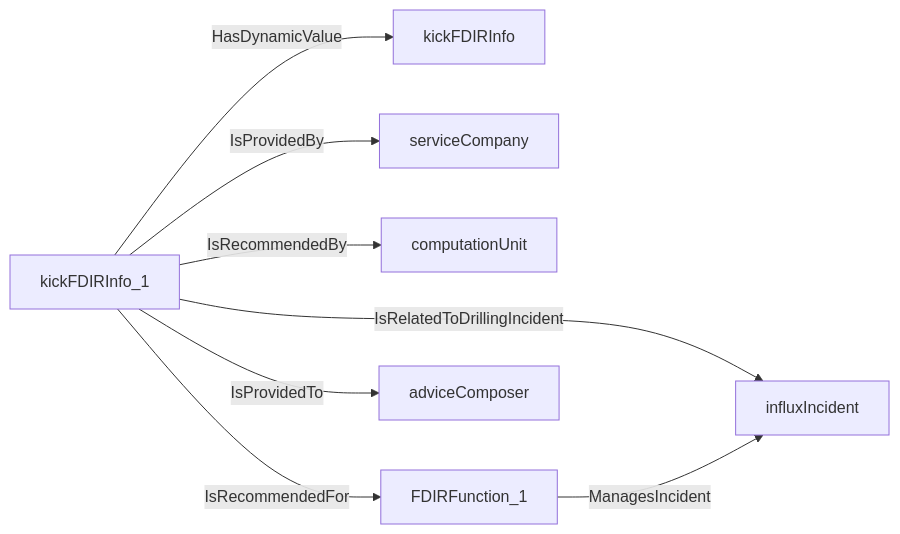
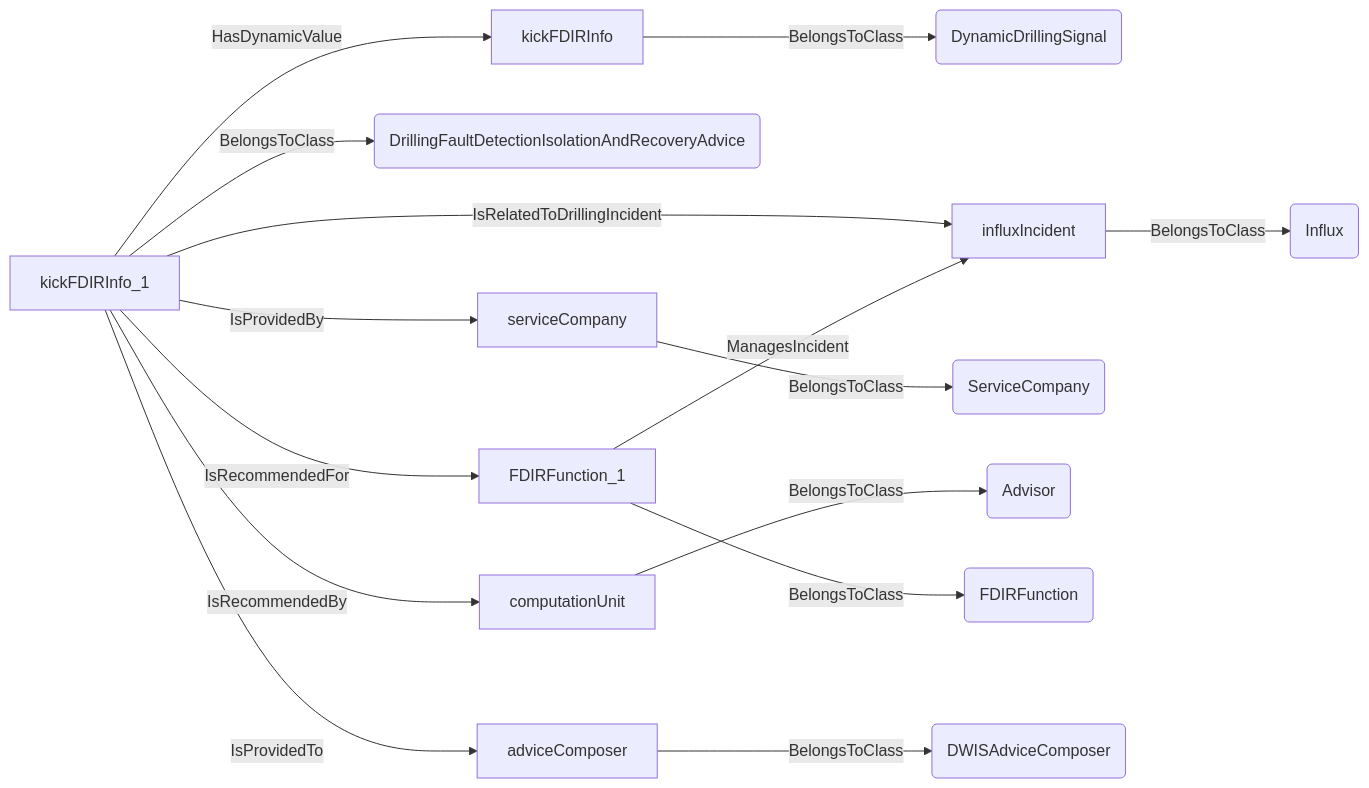
Before and after one commit to D-WIS/DDHub-Semantic-Interoperability: the sixth of 17 diagrams in docs/vocabulary_development/auto-generated/md/definition-files/DrillingIncident.md, drawn with Mermaid. The commit also changed other lines of this file and 14 other files, not shown here.

````diff
--- a/docs/vocabulary_development/auto-generated/md/definition-files/DrillingIncident.md
+++ b/docs/vocabulary_development/auto-generated/md/definition-files/DrillingIncident.md
@@ -328,10 +384,17 @@
 ```mermaid
 graph LR
-	N0000[kickFDIRInfo_1] -->|HasDynamicValue| N0001[kickFDIRInfo] 
-	N0000[kickFDIRInfo_1] -->|IsRelatedToDrillingIncident| N0002[influxIncident] 
-	N0000[kickFDIRInfo_1] -->|IsProvidedBy| N0003[serviceCompany] 
-	N0000[kickFDIRInfo_1] -->|IsRecommendedBy| N0004[computationUnit] 
-	N0005[FDIRFunction_1] -->|ManagesIncident| N0002[influxIncident] 
-	N0000[kickFDIRInfo_1] -->|IsRecommendedFor| N0005[FDIRFunction_1] 
-	N0000[kickFDIRInfo_1] -->|IsProvidedTo| N0006[adviceComposer] 
+	N0000[kickFDIRInfo] -->|BelongsToClass| N0001(DynamicDrillingSignal) 
+	N0002[kickFDIRInfo_1] -->|BelongsToClass| N0003(DrillingFaultDetectionIsolationAndRecoveryAdvice) 
+	N0002[kickFDIRInfo_1] -->|HasDynamicValue| N0000[kickFDIRInfo] 
+	N0004[influxIncident] -->|BelongsToClass| N0005(Influx) 
+	N0002[kickFDIRInfo_1] -->|IsRelatedToDrillingIncident| N0004[influxIncident] 
+	N0006[serviceCompany] -->|BelongsToClass| N0007(ServiceCompany) 
+	N0002[kickFDIRInfo_1] -->|IsProvidedBy| N0006[serviceCompany] 
+	N0008[computationUnit] -->|BelongsToClass| N0009(Advisor) 
+	N0002[kickFDIRInfo_1] -->|IsRecommendedBy| N0008[computationUnit] 
+	N0010[FDIRFunction_1] -->|BelongsToClass| N0011(FDIRFunction) 
+	N0010[FDIRFunction_1] -->|ManagesIncident| N0004[influxIncident] 
+	N0002[kickFDIRInfo_1] -->|IsRecommendedFor| N0010[FDIRFunction_1] 
+	N0012[adviceComposer] -->|BelongsToClass| N0013(DWISAdviceComposer) 
+	N0002[kickFDIRInfo_1] -->|IsProvidedTo| N0012[adviceComposer] 
 ```
````
